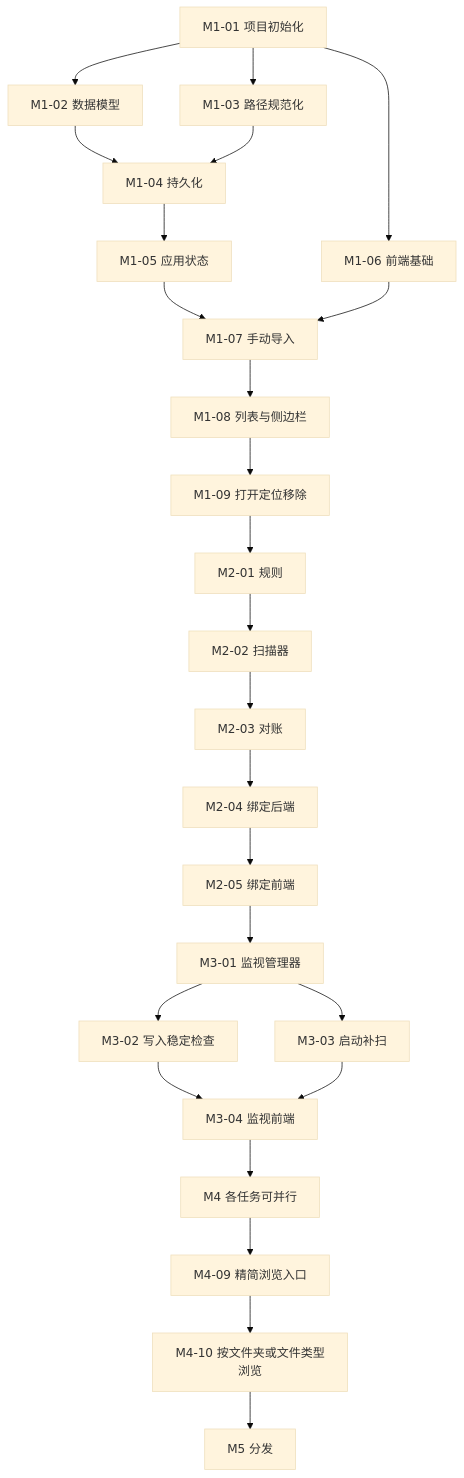
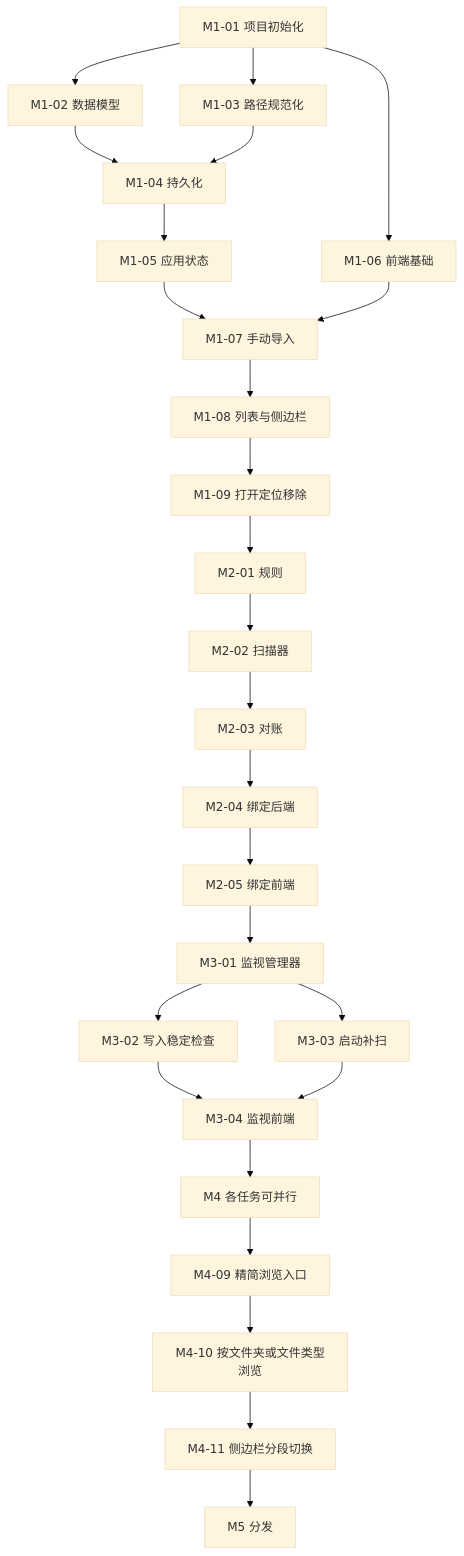
One commit to 623zhu/file_link changed the diagram in docs/PLAN.md. Above: the diagram before and after it, drawn with Mermaid (base theme). The commit also changed other lines of this file and 7 other files, not shown here.

````diff
--- a/docs/PLAN.md
+++ b/docs/PLAN.md
@@ -100,30 +101,31 @@
 ```mermaid
 flowchart TD
   M1_01[M1-01 项目初始化] --> M1_02[M1-02 数据模型]
   M1_01 --> M1_03[M1-03 路径规范化]
   M1_01 --> M1_06[M1-06 前端基础]
   M1_02 --> M1_04[M1-04 持久化]
   M1_03 --> M1_04
   M1_04 --> M1_05[M1-05 应用状态]
   M1_05 --> M1_07[M1-07 手动导入]
   M1_06 --> M1_07
   M1_07 --> M1_08[M1-08 列表与侧边栏]
   M1_08 --> M1_09[M1-09 打开定位移除]
 
   M1_09 --> M2_01[M2-01 规则]
   M2_01 --> M2_02[M2-02 扫描器]
   M2_02 --> M2_03[M2-03 对账]
   M2_03 --> M2_04[M2-04 绑定后端]
   M2_04 --> M2_05[M2-05 绑定前端]
 
   M2_05 --> M3_01[M3-01 监视管理器]
   M3_01 --> M3_02[M3-02 写入稳定检查]
   M3_01 --> M3_03[M3-03 启动补扫]
   M3_02 --> M3_04[M3-04 监视前端]
   M3_03 --> M3_04
 
   M3_04 --> M4[M4 各任务可并行]
   M4 --> M4_09[M4-09 精简浏览入口]
   M4_09 --> M4_10[M4-10 按文件夹或文件类型浏览]
-  M4_10 --> M5[M5 分发]
+  M4_10 --> M4_11[M4-11 侧边栏分段切换]
+  M4_11 --> M5[M5 分发]
 ```
````
